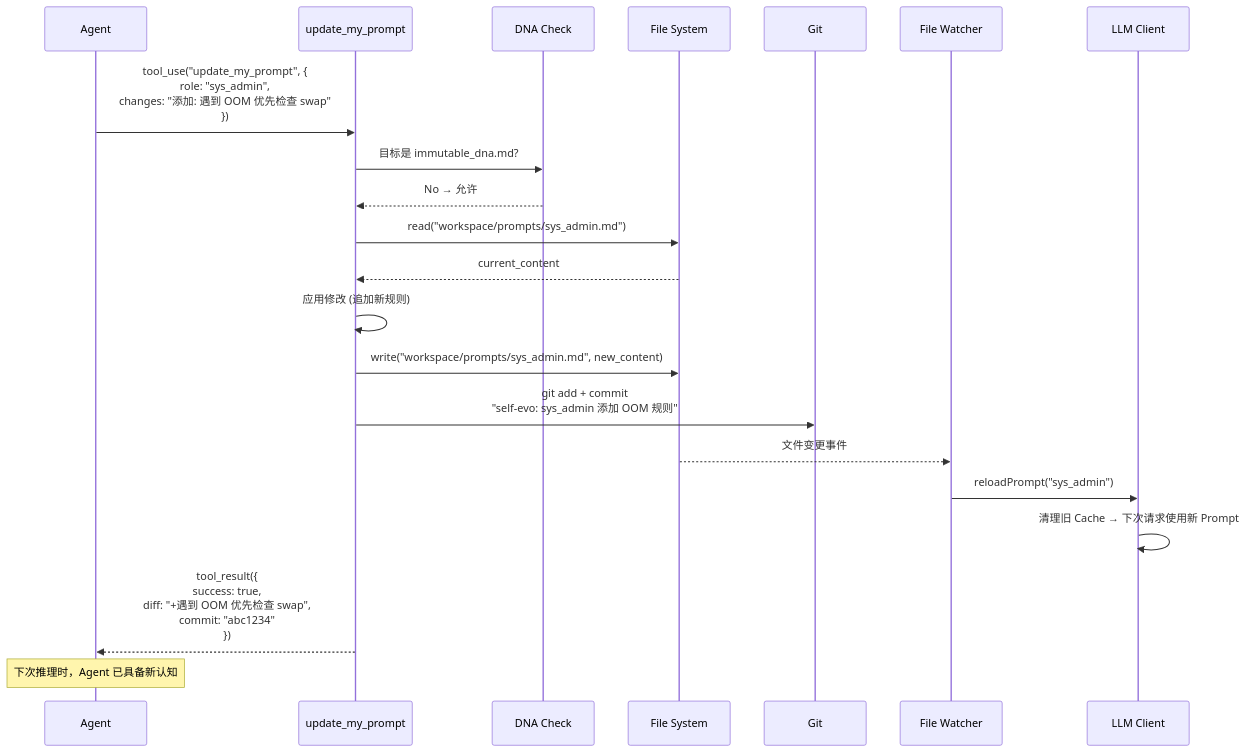
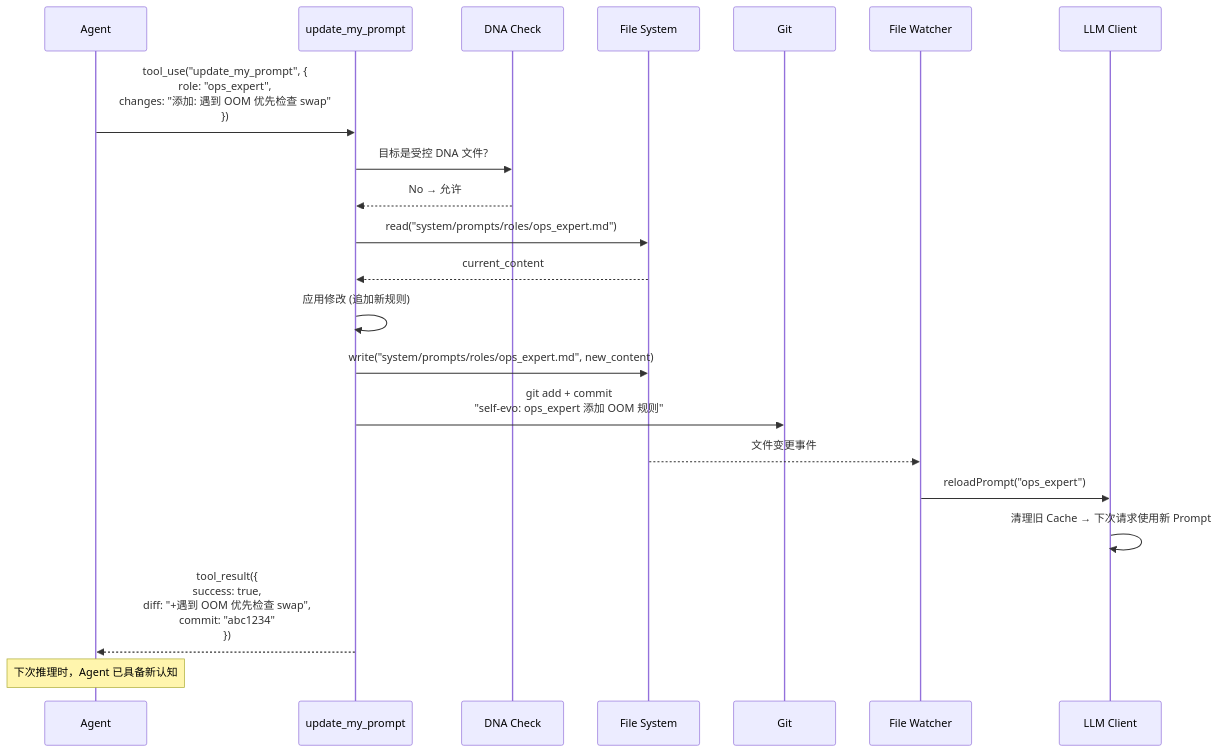
One commit to Yidhar/Embla_System changed diagram 12 of 17 in doc/12-limbs-layer-modules.md. Above: the diagram before and after it, drawn with Mermaid. The commit also changed other lines of this file and 11 other files, not shown here.

Commit message:
docs(prompt): align canonical DNA and routing layers

````diff
--- a/doc/12-limbs-layer-modules.md
+++ b/doc/12-limbs-layer-modules.md
@@ -697,31 +697,31 @@
 ```mermaid
 sequenceDiagram
     participant AGENT as Agent
     participant EVO as update_my_prompt
     participant DNA as DNA Check
     participant FS as File System
     participant GIT as Git
     participant WATCH as File Watcher
     participant LLM as LLM Client
 
-    AGENT->>EVO: tool_use("update_my_prompt", {<br/>  role: "sys_admin",<br/>  changes: "添加: 遇到 OOM 优先检查 swap"<br/>})
+    AGENT->>EVO: tool_use("update_my_prompt", {<br/>  role: "ops_expert",<br/>  changes: "添加: 遇到 OOM 优先检查 swap"<br/>})
 
-    EVO->>DNA: 目标是 immutable_dna.md?
+    EVO->>DNA: 目标是受控 DNA 文件?
     DNA-->>EVO: No → 允许
 
-    EVO->>FS: read("workspace/prompts/sys_admin.md")
+    EVO->>FS: read("system/prompts/roles/ops_expert.md")
     FS-->>EVO: current_content
 
     EVO->>EVO: 应用修改 (追加新规则)
-    EVO->>FS: write("workspace/prompts/sys_admin.md", new_content)
+    EVO->>FS: write("system/prompts/roles/ops_expert.md", new_content)
 
-    EVO->>GIT: git add + commit<br/>"self-evo: sys_admin 添加 OOM 规则"
+    EVO->>GIT: git add + commit<br/>"self-evo: ops_expert 添加 OOM 规则"
 
     FS-->>WATCH: 文件变更事件
-    WATCH->>LLM: reloadPrompt("sys_admin")
+    WATCH->>LLM: reloadPrompt("ops_expert")
     LLM->>LLM: 清理旧 Cache → 下次请求使用新 Prompt
 
     EVO-->>AGENT: tool_result({<br/>  success: true,<br/>  diff: "+遇到 OOM 优先检查 swap",<br/>  commit: "abc1234"<br/>})
 
     Note over AGENT: 下次推理时，Agent 已具备新认知
 ```
````
